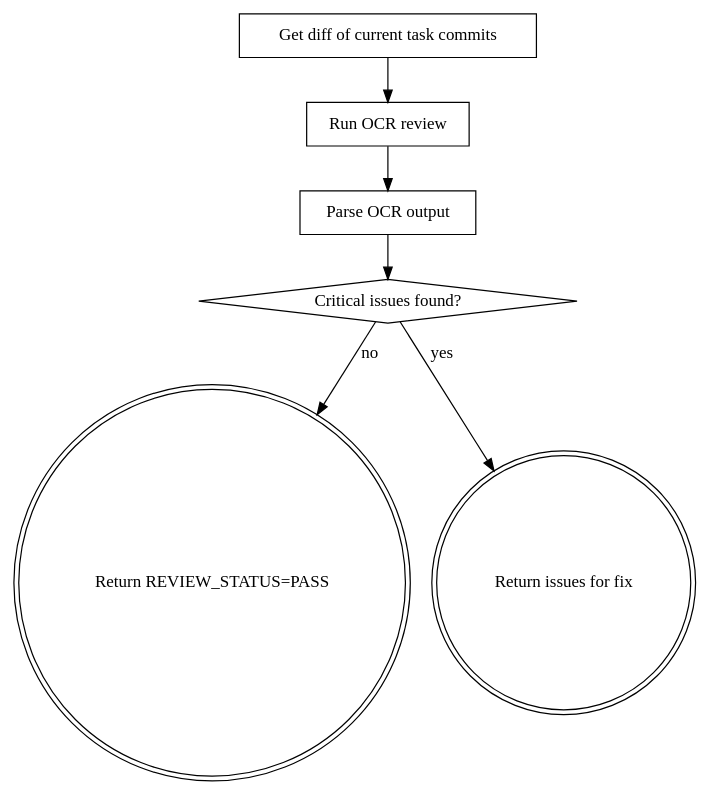
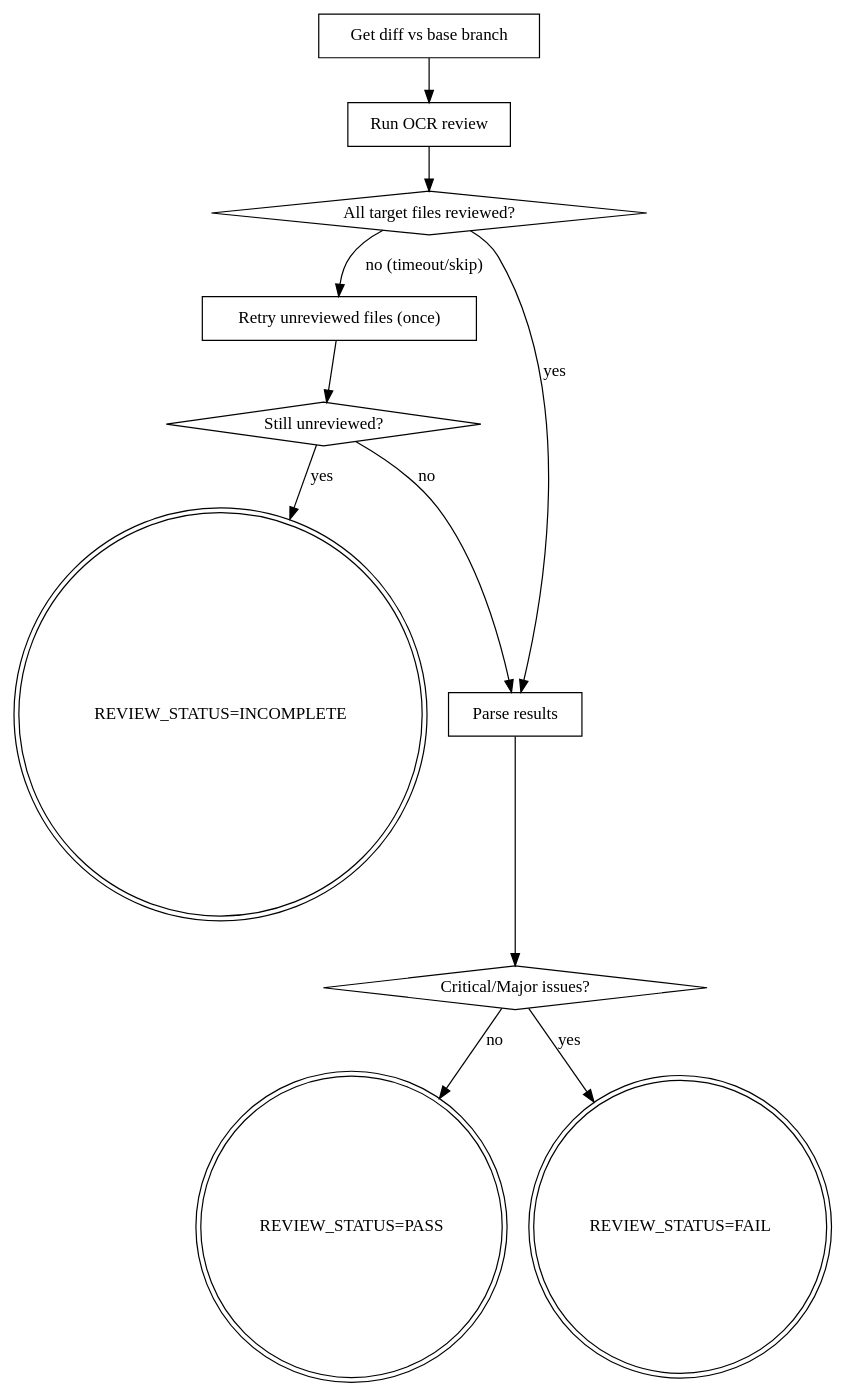
The diagram in skills/autopilot-review/SKILL.md (neilluo/neil-coding-autopilot), drawn with Graphviz before and after one commit. The commit also changed other lines of this file and 10 other files, not shown here.

````diff
--- a/skills/autopilot-review/SKILL.md
+++ b/skills/autopilot-review/SKILL.md
@@ -20,16 +20,25 @@
 ```dot
 digraph review {
-    "Get diff of current task commits" [shape=box];
+    "Get diff vs base branch" [shape=box];
     "Run OCR review" [shape=box];
-    "Parse OCR output" [shape=box];
-    "Critical issues found?" [shape=diamond];
-    "Return REVIEW_STATUS=PASS" [shape=doublecircle];
-    "Return issues for fix" [shape=doublecircle];
+    "All target files reviewed?" [shape=diamond];
+    "Retry unreviewed files (once)" [shape=box];
+    "Still unreviewed?" [shape=diamond];
+    "Parse results" [shape=box];
+    "Critical/Major issues?" [shape=diamond];
+    "REVIEW_STATUS=PASS" [shape=doublecircle];
+    "REVIEW_STATUS=FAIL" [shape=doublecircle];
+    "REVIEW_STATUS=INCOMPLETE" [shape=doublecircle];
 
-    "Get diff of current task commits" -> "Run OCR review";
-    "Run OCR review" -> "Parse OCR output";
-    "Parse OCR output" -> "Critical issues found?";
-    "Critical issues found?" -> "Return REVIEW_STATUS=PASS" [label="no"];
-    "Critical issues found?" -> "Return issues for fix" [label="yes"];
+    "Get diff vs base branch" -> "Run OCR review";
+    "Run OCR review" -> "All target files reviewed?";
+    "All target files reviewed?" -> "Parse results" [label="yes"];
+    "All target files reviewed?" -> "Retry unreviewed files (once)" [label="no (timeout/skip)"];
+    "Retry unreviewed files (once)" -> "Still unreviewed?";
+    "Still unreviewed?" -> "Parse results" [label="no"];
+    "Still unreviewed?" -> "REVIEW_STATUS=INCOMPLETE" [label="yes"];
+    "Parse results" -> "Critical/Major issues?";
+    "Critical/Major issues?" -> "REVIEW_STATUS=PASS" [label="no"];
+    "Critical/Major issues?" -> "REVIEW_STATUS=FAIL" [label="yes"];
 }
 ```
````
